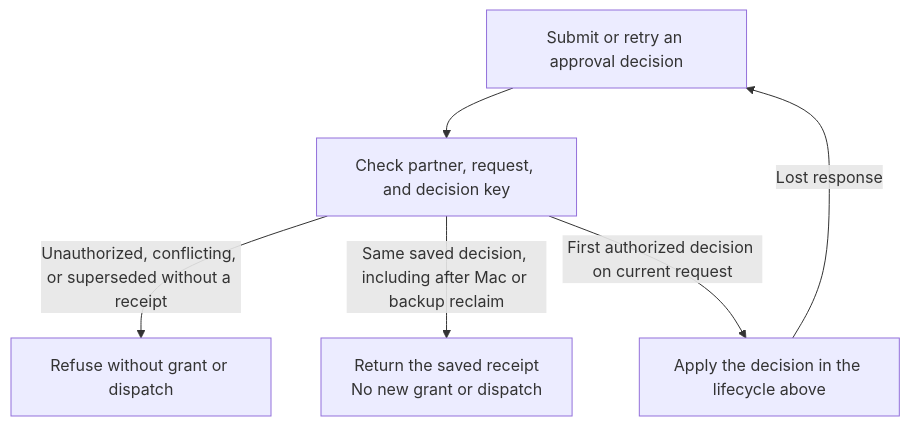
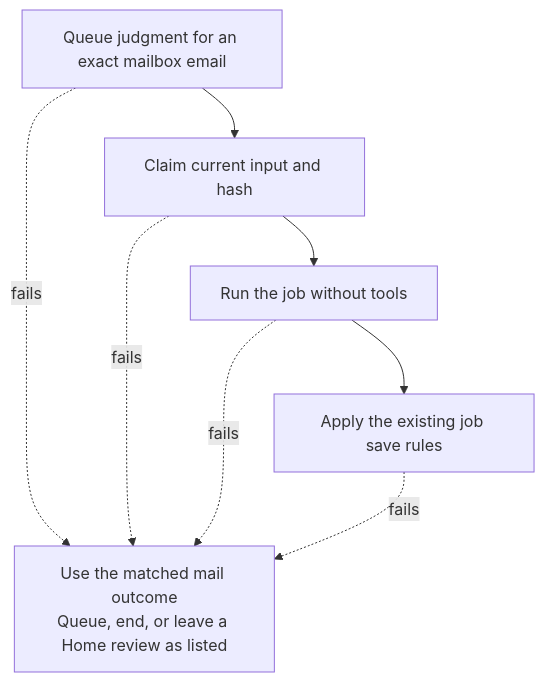
The fourth of 4 diagrams in docs/doc-harness/flows.md (DoctorCRE/doctorcre-engine), drawn with Mermaid before and after one commit. The commit also changed other lines of this file and 9 other files, not shown here.

````diff
--- a/docs/doc-harness/flows.md
+++ b/docs/doc-harness/flows.md
@@ -130,8 +68,10 @@
 ```mermaid
 flowchart TD
-    Decision["Submit or retry an approval decision"] --> Check["Check partner, request, and decision key"]
-    Check -->|Unauthorized, conflicting, or superseded without a receipt| Reject["Refuse without grant or dispatch"]
-    Check -->|Same saved decision, including after Mac or backup reclaim| Replay["Return the saved receipt<br/>No new grant or dispatch"]
-    Check -->|First authorized decision on current request| Apply["Apply the decision in the lifecycle above"]
-    Apply -->|Lost response| Decision
+  Queue["Queue judgment for an exact mailbox email"] --> Claim["Claim current input and hash"]
+  Claim --> Judge["Run the job without tools"]
+  Judge --> Save["Apply the existing job save rules"]
+  Queue -. fails .-> Exit["Use the matched mail outcome<br/>Queue, end, or leave a Home review as listed"]
+  Claim -. fails .-> Exit
+  Judge -. fails .-> Exit
+  Save -. fails .-> Exit
 ```
````
